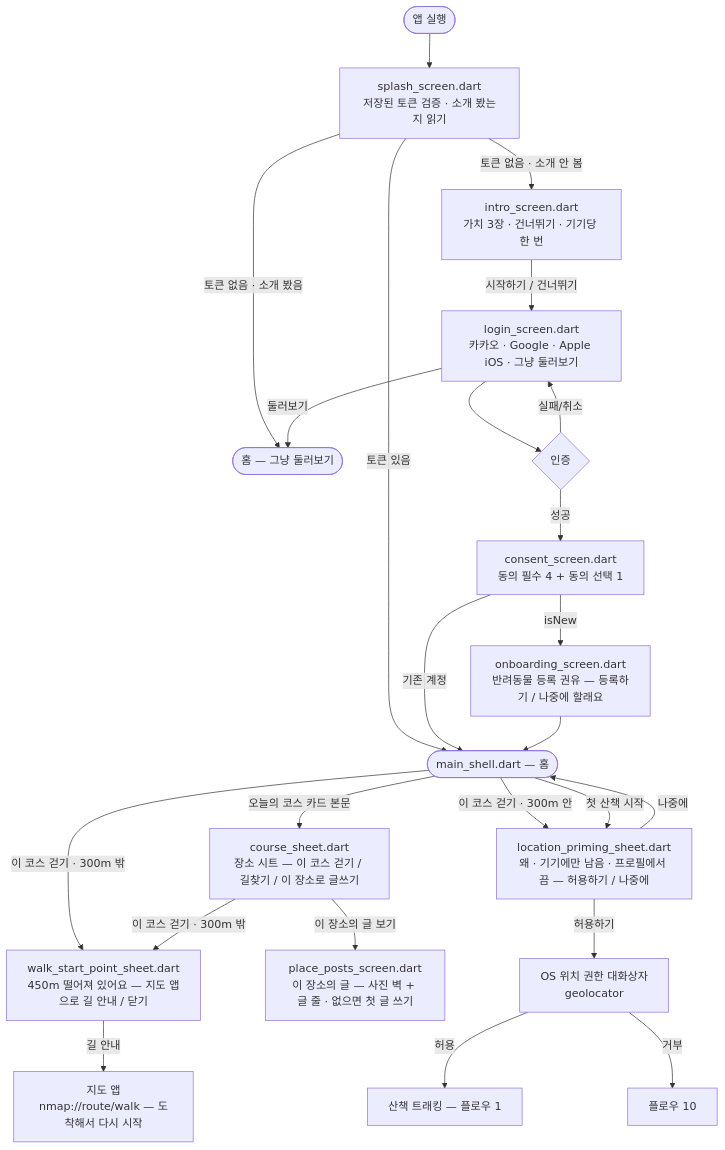
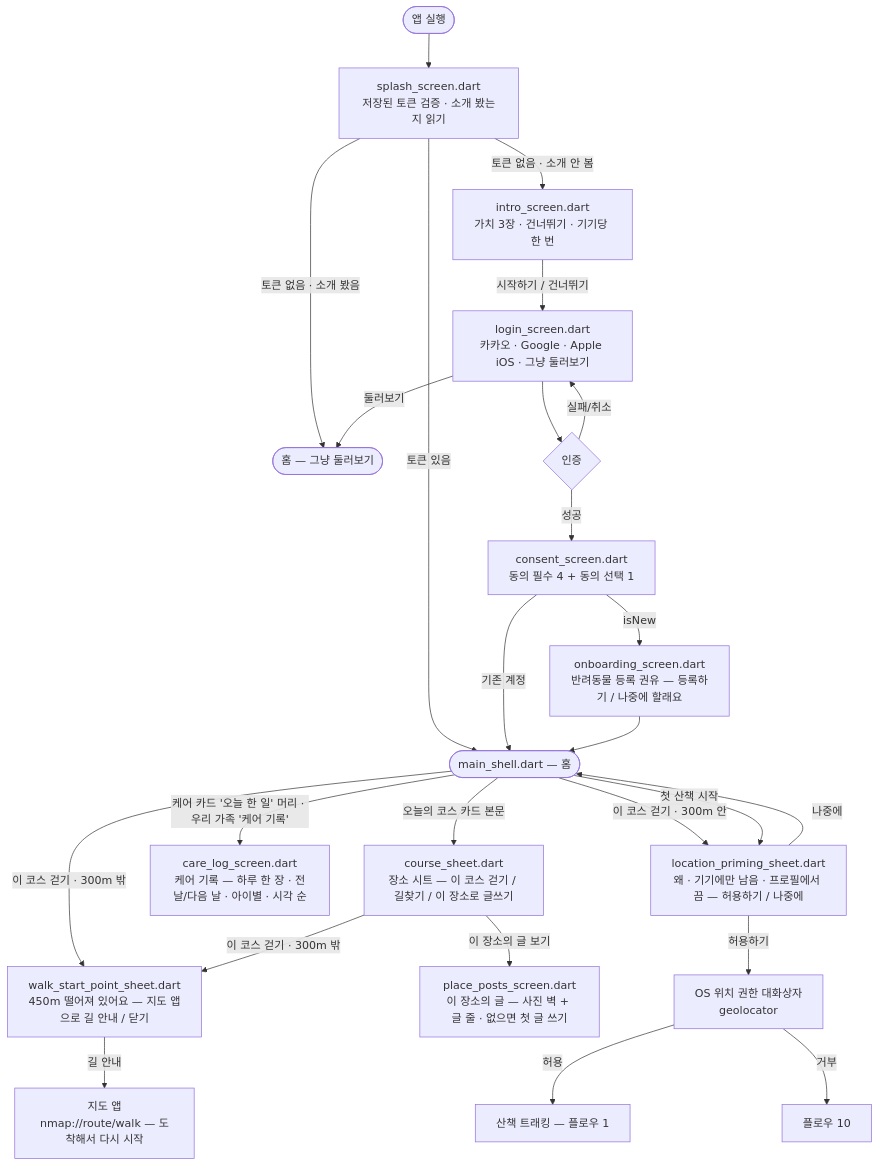
One commit to sanghyunbang/pawloop changed the fourth of 15 diagrams in docs/01-design/user-flows.md. Above: the diagram before and after it, drawn with Mermaid. The commit also changed 9 other files, not shown here.

````diff
--- a/docs/01-design/user-flows.md
+++ b/docs/01-design/user-flows.md
@@ -179,26 +179,27 @@
 ```mermaid
 flowchart TD
     A([앱 실행]) --> S[splash_screen.dart<br/>저장된 토큰 검증 · 소개 봤는지 읽기]
     S -->|토큰 있음| H([main_shell.dart — 홈])
     S -->|토큰 없음 · 소개 안 봄| I[intro_screen.dart<br/>가치 3장 · 건너뛰기 · 기기당 한 번]
     S -->|토큰 없음 · 소개 봤음| G([홈 — 그냥 둘러보기])
     I -->|시작하기 / 건너뛰기| D[login_screen.dart<br/>카카오 · Google · Apple iOS · 그냥 둘러보기]
     D -->|둘러보기| G
     D --> D1{인증}
     D1 -->|실패/취소| D
     D1 -->|성공| C[consent_screen.dart<br/>동의 필수 4 + 동의 선택 1]
     C -->|isNew| E[onboarding_screen.dart<br/>반려동물 등록 권유 — 등록하기 / 나중에 할래요]
     C -->|기존 계정| H
     E --> H
     H -->|오늘의 코스 카드 본문| CS[course_sheet.dart<br/>장소 시트 — 이 코스 걷기 / 길찾기 / 이 장소로 글쓰기]
     H -->|이 코스 걷기 · 300m 밖| WS[walk_start_point_sheet.dart<br/>450m 떨어져 있어요 — 지도 앱으로 길 안내 / 닫기]
     CS -->|이 코스 걷기 · 300m 밖| WS
     CS -->|이 장소의 글 보기| PP[place_posts_screen.dart<br/>이 장소의 글 — 사진 벽 + 글 줄 · 없으면 첫 글 쓰기]
+    H -->|케어 카드 '오늘 한 일' 머리 · 우리 가족 '케어 기록'| CL[care_log_screen.dart<br/>케어 기록 — 하루 한 장 · 전날/다음 날 · 아이별 · 시각 순]
     WS -->|길 안내| MAP[지도 앱<br/>nmap://route/walk — 도착해서 다시 시작]
     H -->|이 코스 걷기 · 300m 안| LP
     H -->|첫 산책 시작| LP[location_priming_sheet.dart<br/>왜 · 기기에만 남음 · 프로필에서 끔 — 허용하기 / 나중에]
     LP -->|허용하기| F[OS 위치 권한 대화상자<br/>geolocator]
     LP -->|나중에| H
     F -->|허용| T[산책 트래킹 — 플로우 1]
     F -->|거부| T2[플로우 10]
 ```
````
